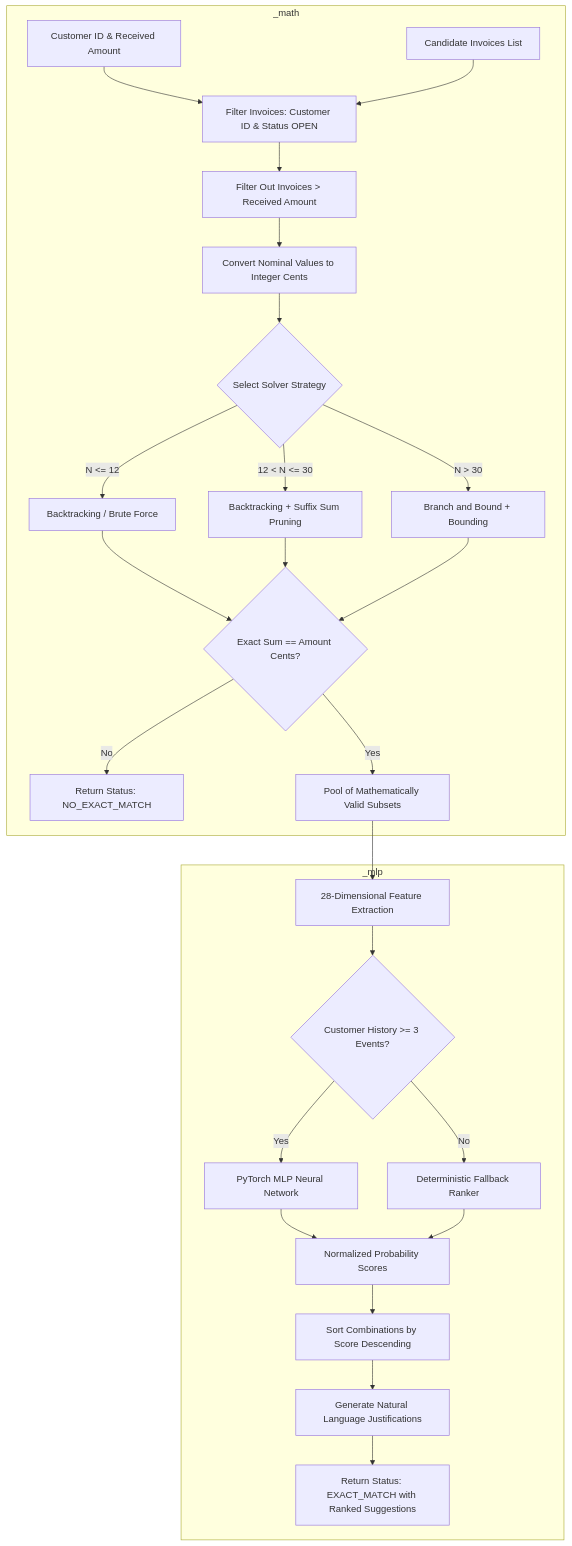
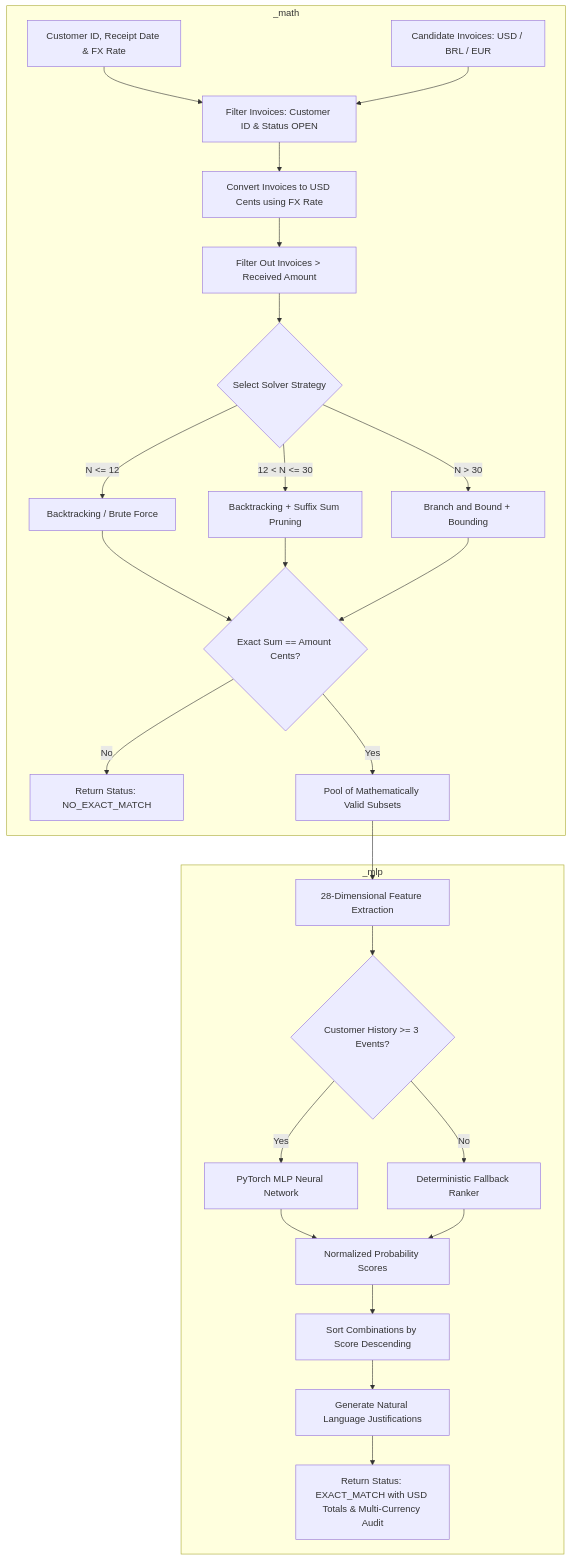
Before and after one commit to unicsoftware/mlp-saturno: the diagram in README.md, drawn with Mermaid. The commit also changed other lines of this file and 2 other files, not shown here.

````diff
--- a/README.md
+++ b/README.md
@@ -46,27 +61,27 @@
 ```mermaid
 flowchart TD
     subgraph Stage 1: Deterministic Mathematical Solver [_math]
-        A[Customer ID & Received Amount] --> B[Filter Invoices: Customer ID & Status OPEN]
-        C[Candidate Invoices List] --> B
-        B --> D[Filter Out Invoices > Received Amount]
-        D --> E[Convert Nominal Values to Integer Cents]
+        A[Customer ID, Receipt Date & FX Rate] --> B[Filter Invoices: Customer ID & Status OPEN]
+        C[Candidate Invoices: USD / BRL / EUR] --> B
+        B --> D[Convert Invoices to USD Cents using FX Rate]
+        D --> E[Filter Out Invoices > Received Amount]
         E --> F{Select Solver Strategy}
         F -->|N <= 12| G[Backtracking / Brute Force]
         F -->|12 < N <= 30| H[Backtracking + Suffix Sum Pruning]
         F -->|N > 30| I[Branch and Bound + Bounding]
         G & H & I --> J{Exact Sum == Amount Cents?}
         J -->|No| K[Return Status: NO_EXACT_MATCH]
         J -->|Yes| L[Pool of Mathematically Valid Subsets]
     end
 
     subgraph Stage 2: Deep Learning MLP Ranking [_mlp]
         L --> M[28-Dimensional Feature Extraction]
         M --> N{Customer History >= 3 Events?}
         N -->|Yes| O[PyTorch MLP Neural Network]
         N -->|No| P[Deterministic Fallback Ranker]
         O & P --> Q[Normalized Probability Scores]
         Q --> R[Sort Combinations by Score Descending]
         R --> S[Generate Natural Language Justifications]
-        S --> T[Return Status: EXACT_MATCH with Ranked Suggestions]
+        S --> T[Return Status: EXACT_MATCH with USD Totals & Multi-Currency Audit]
     end
 ```
````
